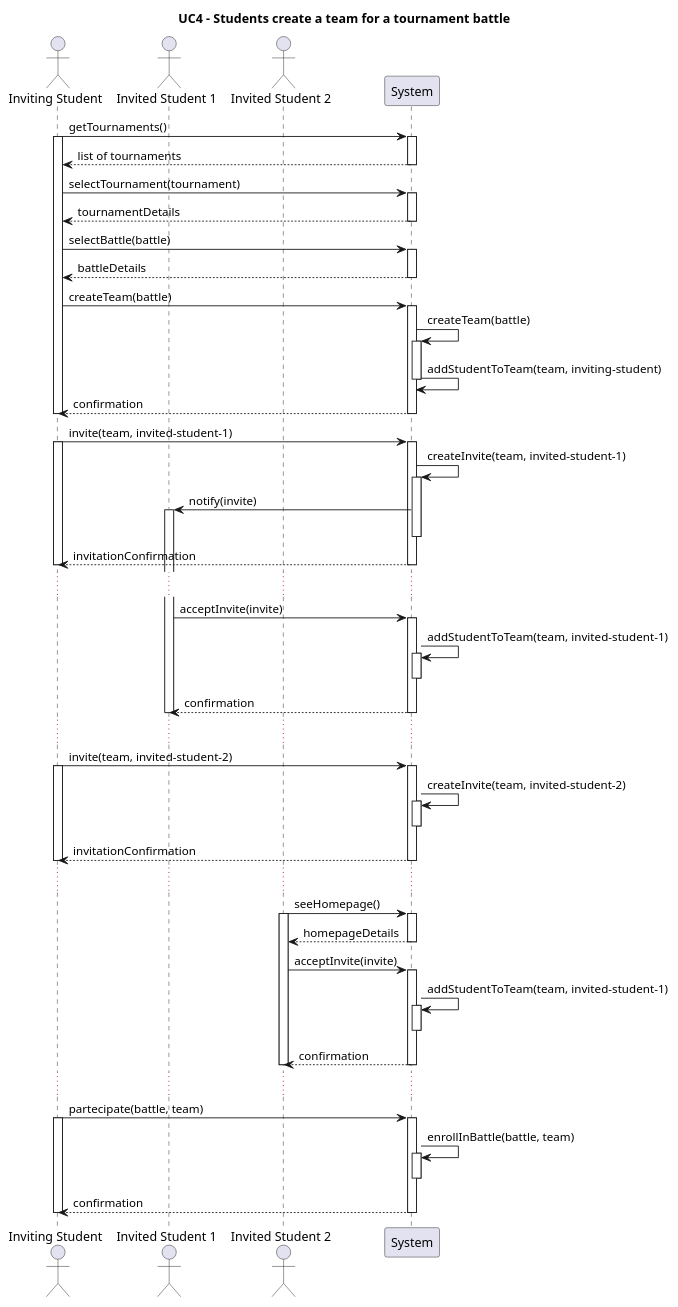
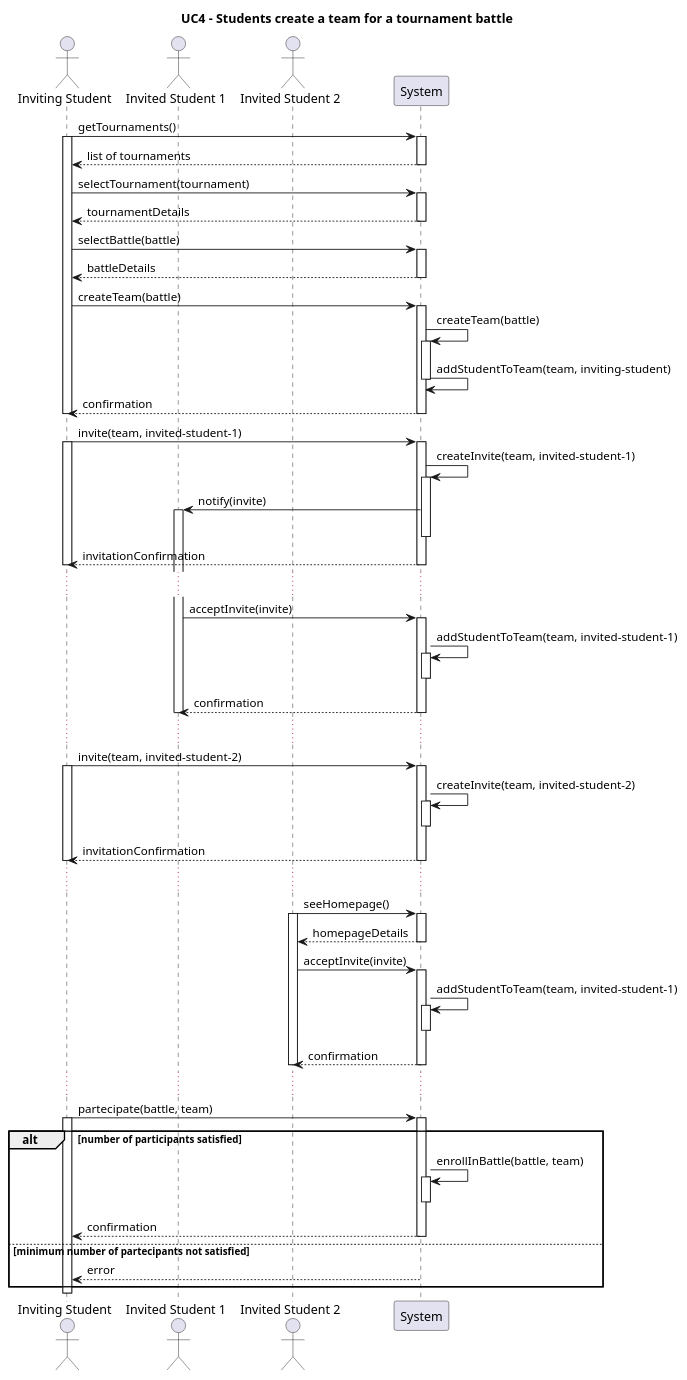
One commit to Furrrlo/CodeKataBattle changed the diagram in rasd/puml/UC4.puml. Above: the diagram before and after it, drawn with PlantUML. The commit also changed 1 other file, not shown here.

```diff
--- a/rasd/puml/UC4.puml
+++ b/rasd/puml/UC4.puml
@@ -1,65 +1,68 @@
 @startuml UC4
 title UC4 - Students create a team for a tournament battle   
 actor "Inviting Student" as inviting
 actor "Invited Student 1" as notif
 actor "Invited Student 2" as invited
 participant System
 
 inviting -> System ++: getTournaments()
 activate inviting
 System --> inviting--: list of tournaments
 
 inviting -> System ++ : selectTournament(tournament)
 
 inviting <-- System -- : tournamentDetails
 
 inviting -> System ++ : selectBattle(battle)
 inviting <-- System -- : battleDetails
 
 inviting -> System ++ : createTeam(battle)
 System -> System ++ : createTeam(battle)
 System -> System -- : addStudentToTeam(team, inviting-student)
 inviting <-- System -- : confirmation
 deactivate inviting
 
 inviting -> System ++ : invite(team, invited-student-1)
 activate inviting
 System -> System ++ : createInvite(team, invited-student-1)
 notif <- System  ++-- : notify(invite)
 inviting <-- System -- : invitationConfirmation
 deactivate inviting
 
 ...
 
 notif -> System ++ : acceptInvite(invite)
 System -> System ++-- : addStudentToTeam(team, invited-student-1)
 notif <-- System -- : confirmation
 deactivate notif
 
 ...
 
 inviting -> System ++ : invite(team, invited-student-2)
 activate inviting
 System -> System ++-- : createInvite(team, invited-student-2)
 inviting <-- System -- : invitationConfirmation
 deactivate inviting
 ...
 
 invited -> System ++ : seeHomepage()
 activate invited
 invited <-- System -- : homepageDetails
 
 invited -> System ++ : acceptInvite(invite)
 System -> System ++-- : addStudentToTeam(team, invited-student-1)
 invited <-- System -- : confirmation
 deactivate invited
 
 ...
-
 inviting -> System ++ : partecipate(battle, team)
-activate inviting
-System -> System ++-- : enrollInBattle(battle, team)
-inviting <-- System -- : confirmation
+alt number of participants satisfied
+    activate inviting
+    System -> System ++-- : enrollInBattle(battle, team)
+    inviting <-- System -- : confirmation
+else minimum number of partecipants not satisfied
+    inviting <-- System -- : error
+end
 deactivate inviting
 
 @enduml
```
